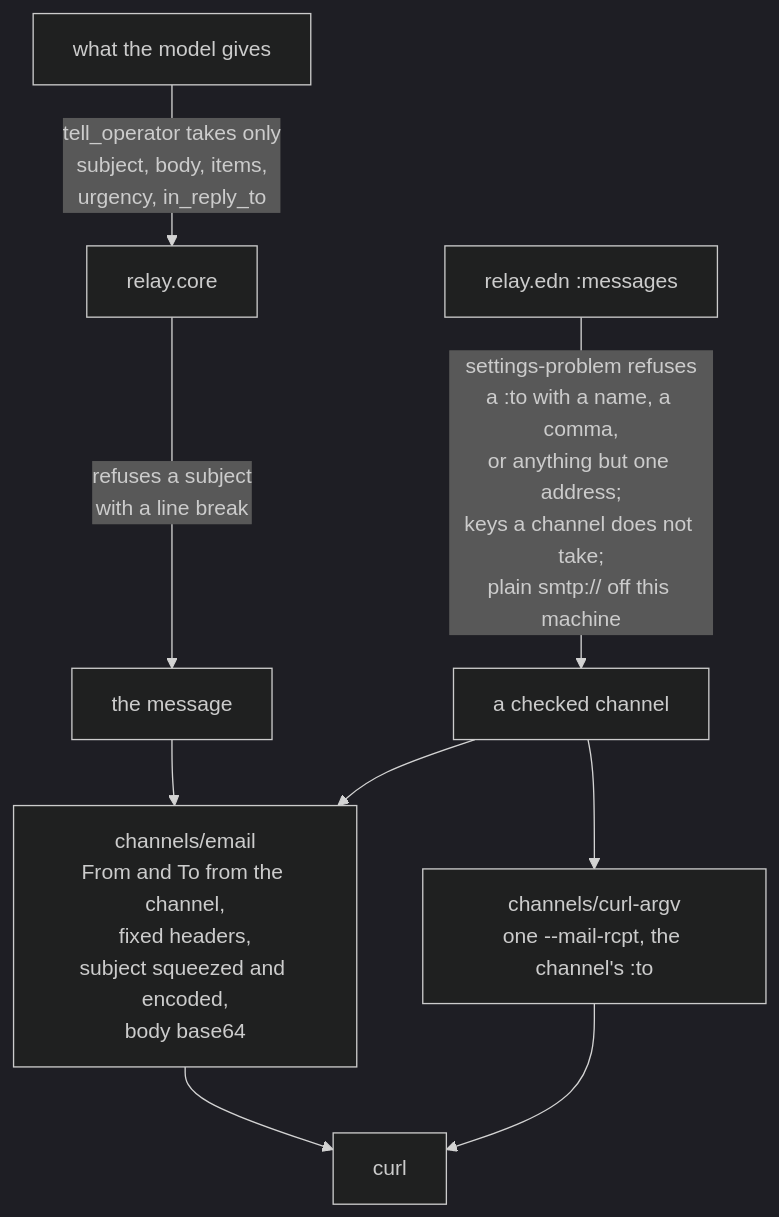
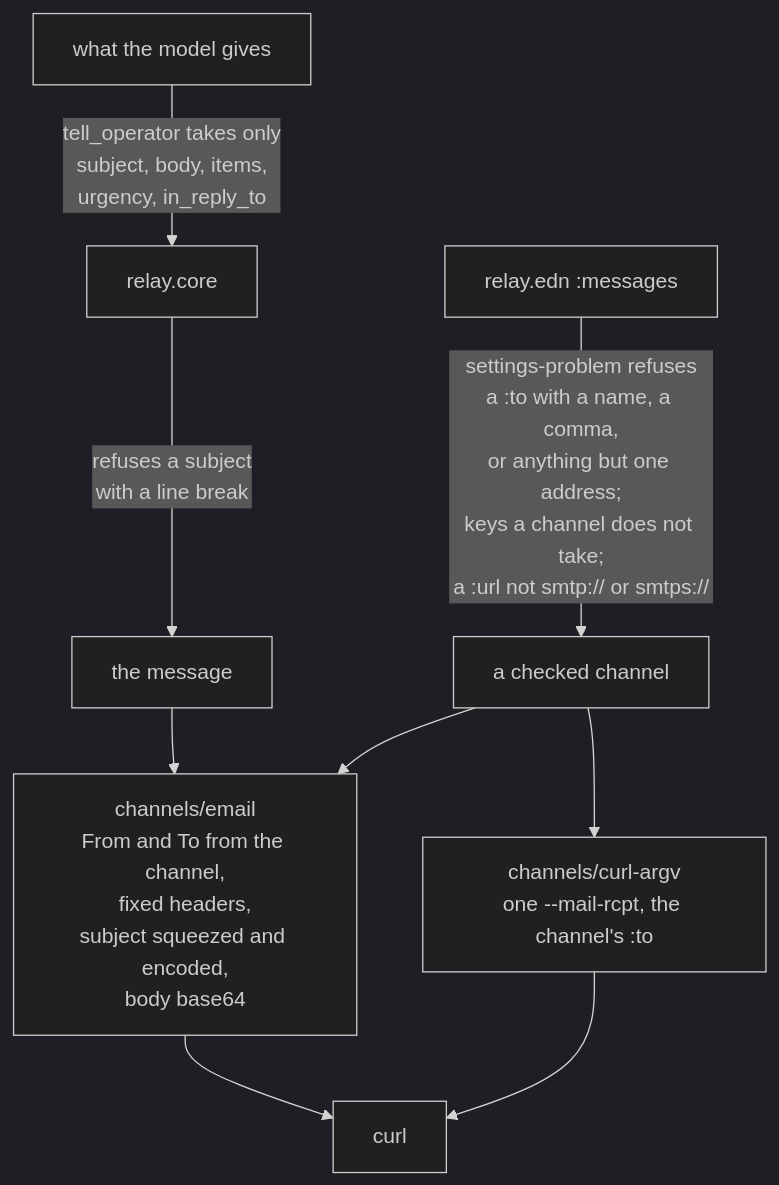
Before and after one commit to kirahowe/relay: the seventh of 7 diagrams in docs/messages.md, drawn with Mermaid (dark theme). The commit also changed other lines of this file and 6 other files, not shown here.

First line of the commit message:
Require STARTTLS for mail to any host but this machine

````diff
--- a/docs/messages.md
+++ b/docs/messages.md
@@ -284,11 +286,11 @@
 ```mermaid
 flowchart TD
-  cfg[relay.edn :messages] -->|settings-problem refuses<br/>a :to with a name, a comma,<br/>or anything but one address;<br/>keys a channel does not take;<br/>plain smtp:// off this machine| ok[a checked channel]
+  cfg[relay.edn :messages] -->|settings-problem refuses<br/>a :to with a name, a comma,<br/>or anything but one address;<br/>keys a channel does not take;<br/>a :url not smtp:// or smtps://| ok[a checked channel]
   model[what the model gives] -->|tell_operator takes only<br/>subject, body, items,<br/>urgency, in_reply_to| core
   core[relay.core] -->|refuses a subject<br/>with a line break| m[the message]
   m --> render[channels/email<br/>From and To from the channel,<br/>fixed headers,<br/>subject squeezed and encoded,<br/>body base64]
   ok --> render
   ok --> argv[channels/curl-argv<br/>one --mail-rcpt, the channel's :to]
   render --> curl[curl]
   argv --> curl
 ```
````
